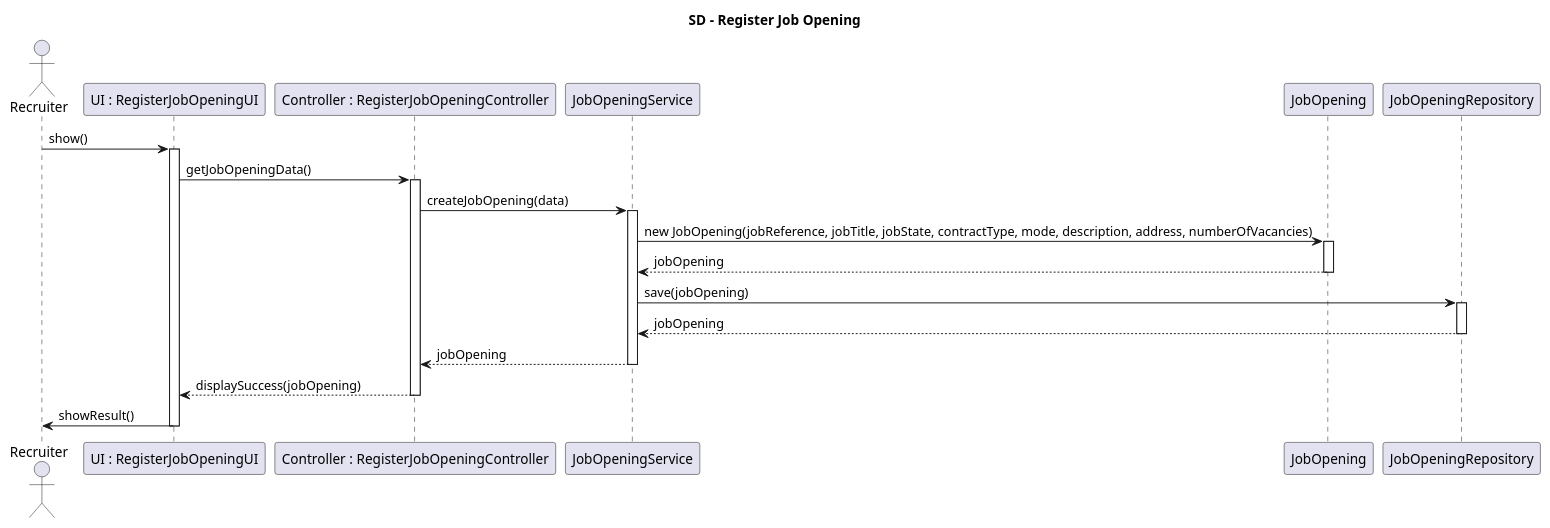
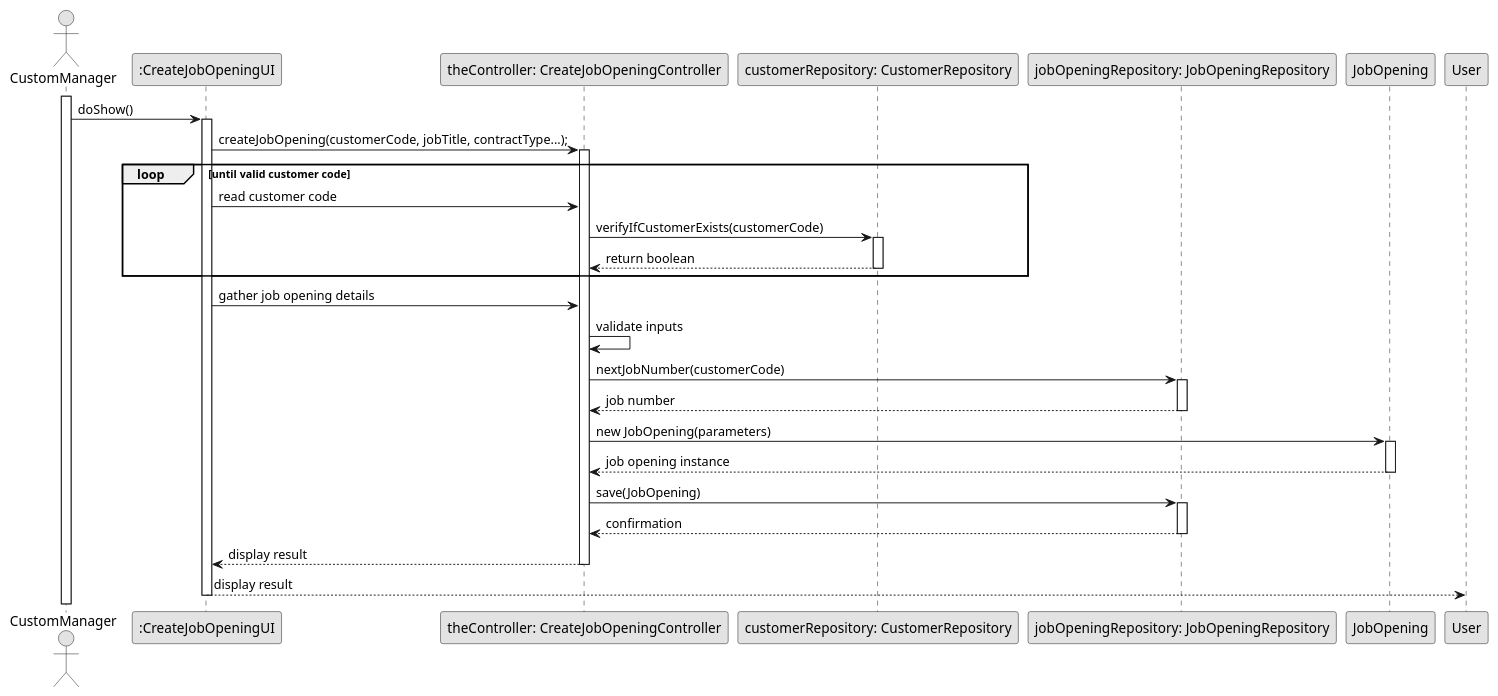
Before and after one commit to Mendoncaa/LAPR4: the diagram in docs/sprintB/US1002/03.design/puml/SD_RegisterJobOpening.puml, drawn with PlantUML. The commit also changed 13 other files, not shown here.

```diff
--- a/docs/sprintB/US1002/03.design/puml/SD_RegisterJobOpening.puml
+++ b/docs/sprintB/US1002/03.design/puml/SD_RegisterJobOpening.puml
@@ -1,41 +1,51 @@
 @startuml
+skinparam monochrome true
+skinparam packageStyle rectangle
+skinparam shadowing false
 
-title SD - Register Job Opening
+actor "CustomManager" as CustomManager
+participant ":CreateJobOpeningUI" as CreateJobOpeningUI
+participant "theController: CreateJobOpeningController" as CreateJobOpeningController
+participant "customerRepository: CustomerRepository" as CustomerRepository
+participant "jobOpeningRepository: JobOpeningRepository" as JobOpeningRepository
+participant "JobOpening" as JobOpening
 
-actor Recruiter
-participant "UI : RegisterJobOpeningUI" as UI
-participant "Controller : RegisterJobOpeningController" as controller
-participant "JobOpeningService" as jobService
-participant "JobOpening" as jobOpening
-participant "JobOpeningRepository" as jobRepo
+activate CustomManager
+CustomManager -> CreateJobOpeningUI : doShow()
+activate CreateJobOpeningUI
 
-Recruiter -> UI : show()
-activate UI
+CreateJobOpeningUI -> CreateJobOpeningController : createJobOpening(customerCode, jobTitle, contractType...);
+activate CreateJobOpeningController
 
-UI -> controller : getJobOpeningData()
-activate controller
+loop until valid customer code
+    CreateJobOpeningUI -> CreateJobOpeningController : read customer code
+    CreateJobOpeningController -> CustomerRepository : verifyIfCustomerExists(customerCode)
+    activate CustomerRepository
+    CustomerRepository --> CreateJobOpeningController : return boolean
+    deactivate CustomerRepository
+end
 
-controller -> jobService : createJobOpening(data)
-activate jobService
+CreateJobOpeningUI -> CreateJobOpeningController : gather job opening details
+CreateJobOpeningController -> CreateJobOpeningController : validate inputs
 
-jobService -> jobOpening : new JobOpening(jobReference, jobTitle, jobState, contractType, mode, description, address, numberOfVacancies)
-activate jobOpening
-jobOpening --> jobService : jobOpening
-deactivate jobOpening
+CreateJobOpeningController -> JobOpeningRepository : nextJobNumber(customerCode)
+activate JobOpeningRepository
+JobOpeningRepository --> CreateJobOpeningController : job number
+deactivate JobOpeningRepository
 
-jobService -> jobRepo : save(jobOpening)
-activate jobRepo
-jobRepo --> jobService : jobOpening
-deactivate jobRepo
+CreateJobOpeningController -> JobOpening : new JobOpening(parameters)
+activate JobOpening
+JobOpening --> CreateJobOpeningController : job opening instance
+deactivate JobOpening
 
-jobService --> controller : jobOpening
-deactivate jobService
+CreateJobOpeningController -> JobOpeningRepository : save(JobOpening)
+activate JobOpeningRepository
+JobOpeningRepository --> CreateJobOpeningController : confirmation
+deactivate JobOpeningRepository
 
-controller --> UI : displaySuccess(jobOpening)
-deactivate controller
+CreateJobOpeningController --> CreateJobOpeningUI : display result
+deactivate CreateJobOpeningController
 
-UI -> Recruiter : showResult()
-
-deactivate UI
-
+CreateJobOpeningUI --> User : display result
+deactivate CreateJobOpeningUI
 @enduml
```
